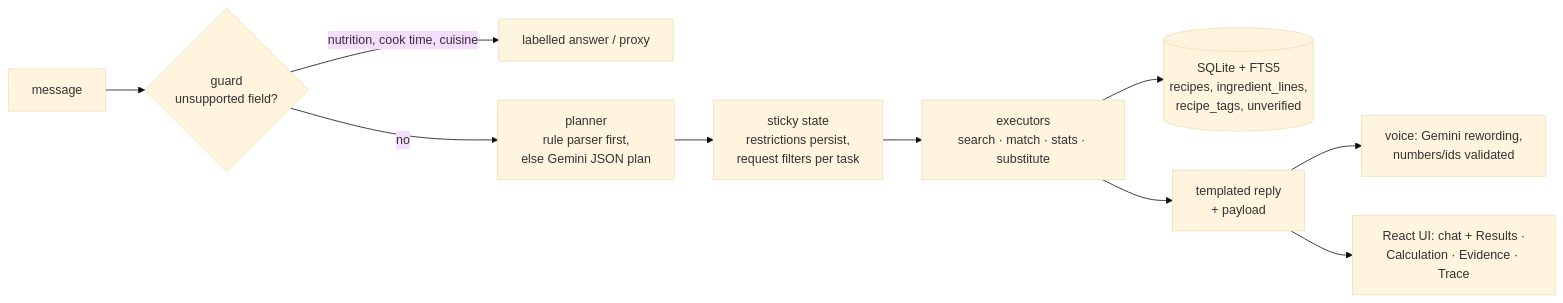
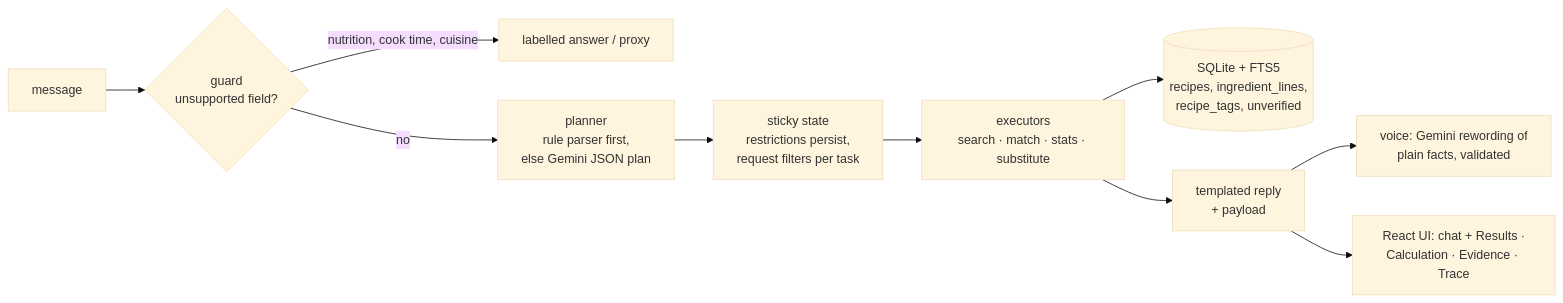
The diagram in README.md (FaizJamal06/recipe-box-chat), drawn with Mermaid (base theme) before and after one commit. The commit also changed other lines of this file and 1 other file, not shown here.

Commit message:
docs: live URL; quickstart tested on Windows; voice fix in the final report

````diff
--- a/README.md
+++ b/README.md
@@ -41,12 +42,12 @@
 ```mermaid
 flowchart LR
   U[message] --> G{guard<br/>unsupported field?}
   G -- nutrition, cook time, cuisine --> GA[labelled answer / proxy]
   G -- no --> P[planner<br/>rule parser first,<br/>else Gemini JSON plan]
   P --> S[sticky state<br/>restrictions persist,<br/>request filters per task]
   S --> E[executors<br/>search · match · stats · substitute]
   E --> DB[(SQLite + FTS5<br/>recipes, ingredient_lines,<br/>recipe_tags, unverified)]
   E --> T[templated reply<br/>+ payload]
-  T --> V[voice: Gemini rewording,<br/>numbers/ids validated]
+  T --> V[voice: Gemini rewording of<br/>plain facts, validated]
   T --> UI[React UI: chat + Results ·<br/>Calculation · Evidence · Trace]
 ```
````
